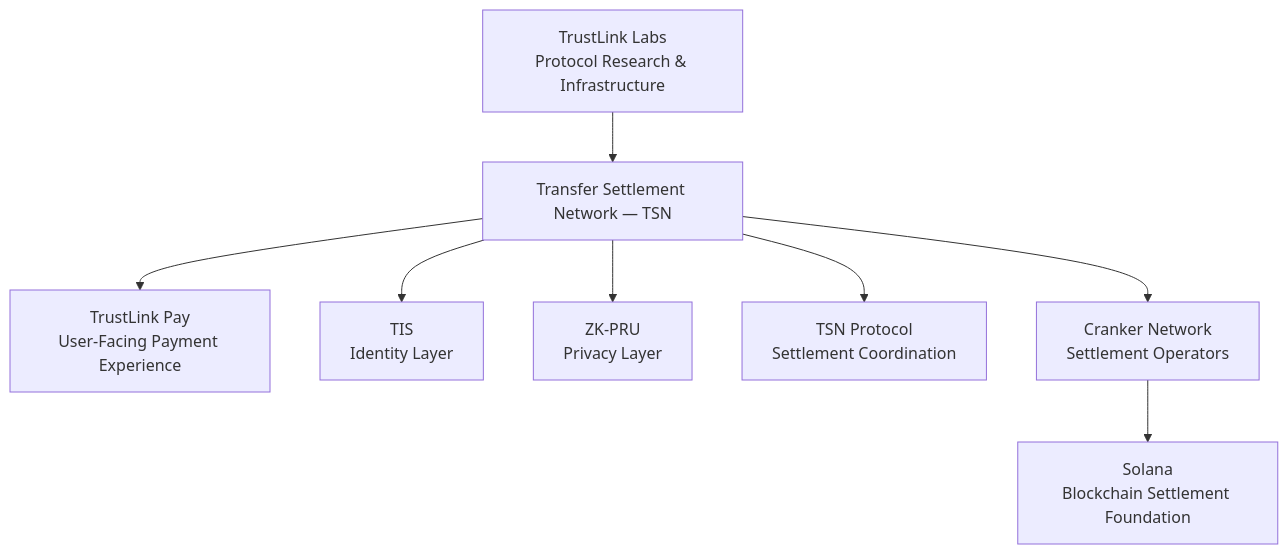
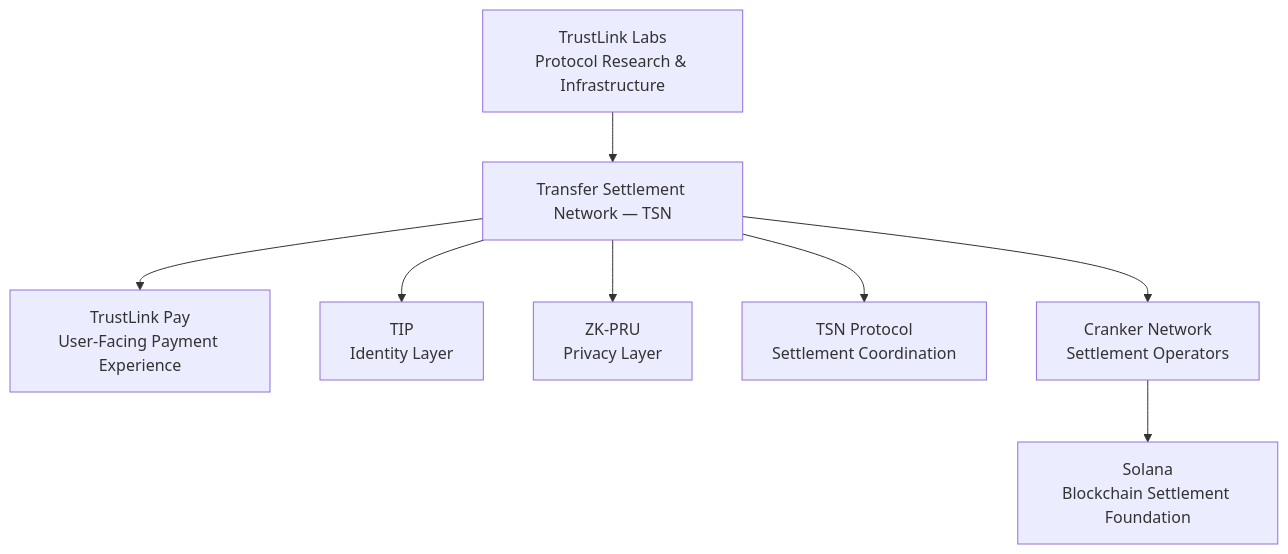
The first of 8 diagrams in README.md (Trustlink-Labs/TSN-Protocol), drawn with Mermaid before and after one commit. The commit also changed other lines of this file and 7 other files, not shown here.

````diff
--- a/README.md
+++ b/README.md
@@ -15,10 +15,10 @@
 ```mermaid
 flowchart TD
     A[TrustLink Labs<br/>Protocol Research & Infrastructure] --> B[Transfer Settlement Network — TSN]
     B --> C[TrustLink Pay<br/>User-Facing Payment Experience]
-    B --> D[TIS<br/>Identity Layer]
+    B --> D[TIP<br/>Identity Layer]
     B --> E[ZK-PRU<br/>Privacy Layer]
     B --> F[TSN Protocol<br/>Settlement Coordination]
     B --> G[Cranker Network<br/>Settlement Operators]
     G --> H[Solana<br/>Blockchain Settlement Foundation]
 ```
````
